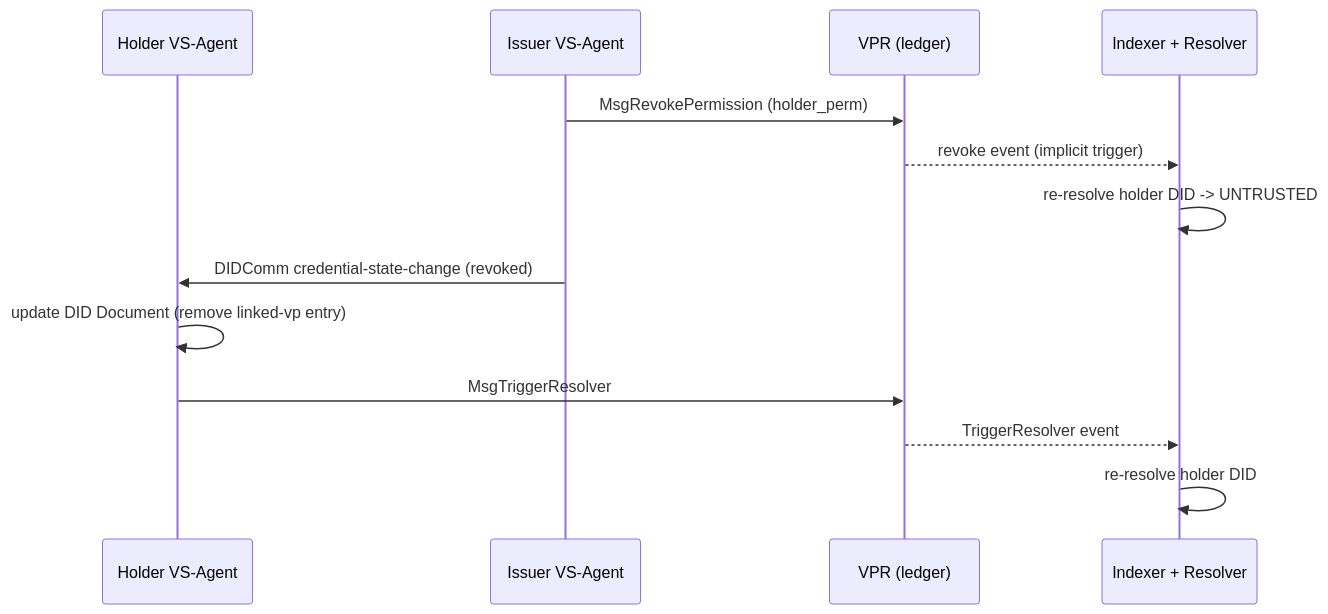
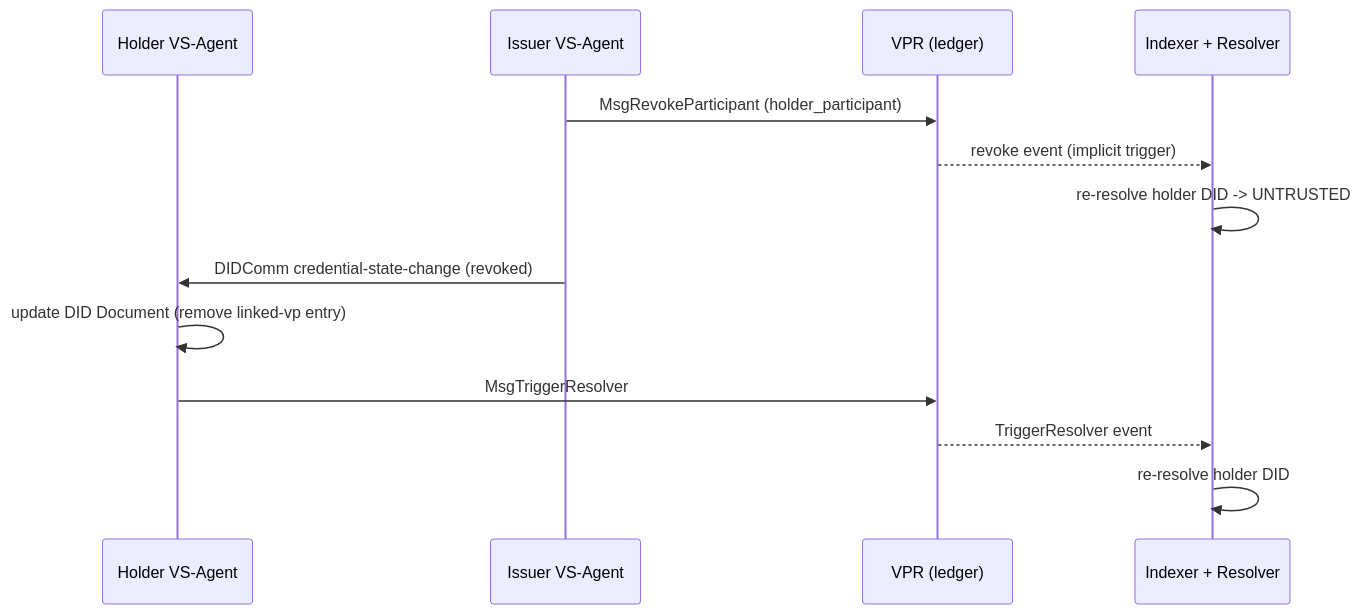
One commit to verana-labs/verifiable-trust-spec changed the sixth of 6 diagrams in spec.md. Above: the diagram before and after it, drawn with Mermaid. The commit also changed other lines of this file and 4 other files, not shown here.

````diff
--- a/spec.md
+++ b/spec.md
@@ -1866,16 +1898,16 @@
 ```mermaid
 sequenceDiagram
     participant Holder as Holder VS-Agent
     participant Issuer as Issuer VS-Agent
     participant VPR as VPR (ledger)
     participant Idx as Indexer + Resolver
 
-    Issuer->>VPR: MsgRevokePermission (holder_perm)
+    Issuer->>VPR: MsgRevokeParticipant (holder_participant)
     VPR-->>Idx: revoke event (implicit trigger)
     Idx->>Idx: re-resolve holder DID -> UNTRUSTED
     Issuer->>Holder: DIDComm credential-state-change (revoked)
     Holder->>Holder: update DID Document (remove linked-vp entry)
     Holder->>VPR: MsgTriggerResolver
     VPR-->>Idx: TriggerResolver event
     Idx->>Idx: re-resolve holder DID
 ```
````
